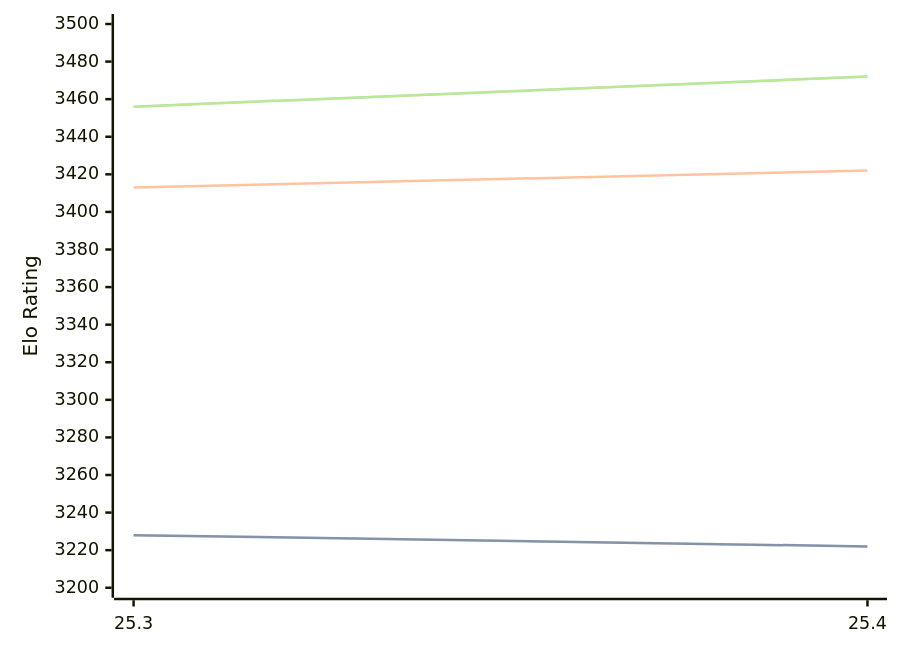
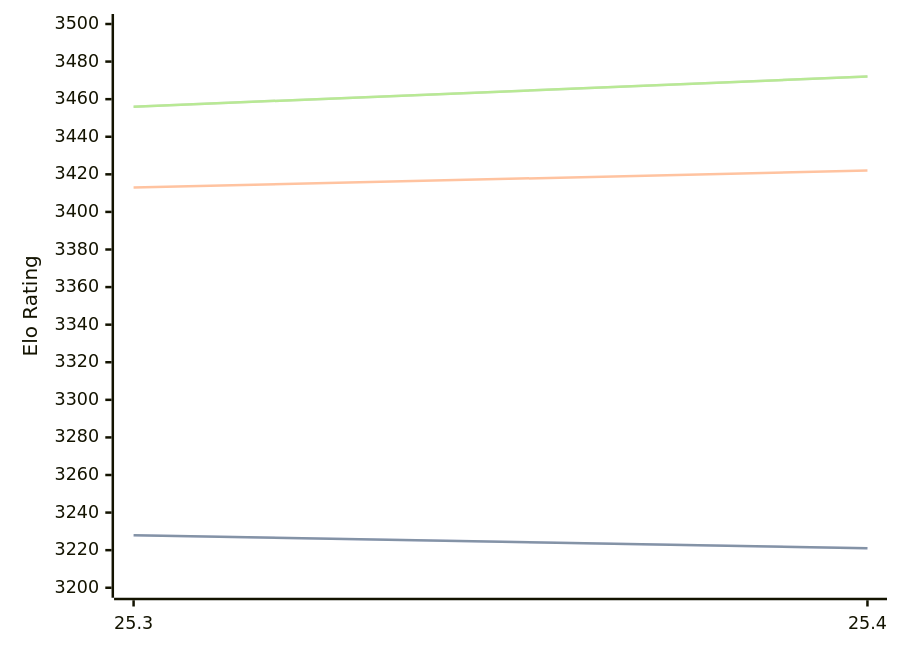
Before and after one commit to computer-chess-index/cci: the first of 3 diagrams in engines/Arasan.md, drawn with Mermaid. The commit also changed other lines of this file, not shown here.

````diff
--- a/engines/Arasan.md
+++ b/engines/Arasan.md
@@ -33,11 +33,11 @@
 ```mermaid
 %%{init: {"theme":"base","themeVariables":{"seriesColors:['#a3a3a3','#222221','#faa371']}}}%%
 xychart-beta
   x-axis ["25.3", "25.4"]
   y-axis "Elo Rating" 3200 --> 3500
-  line "STC (8.0+0.08s)" [3228, 3222]
-  line "STC (8.0+0.08s)" [3228, 3222]
+  line "STC (8.0+0.08s)" [3228, 3221]
+  line "STC (8.0+0.08s)" [3228, 3221]
   line "LTC (60.0+0.60s)" [3413, 3422]
   line "VLTC (2m24s+1.12s)" [3456, 3472]
   line "VLTC (2m24s+1.12s)" [3456, 3472]
 ```
````
